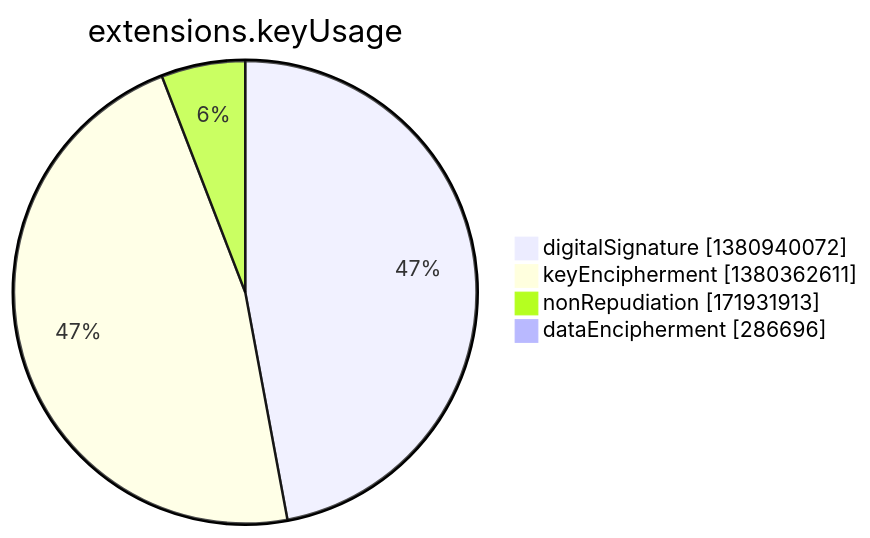
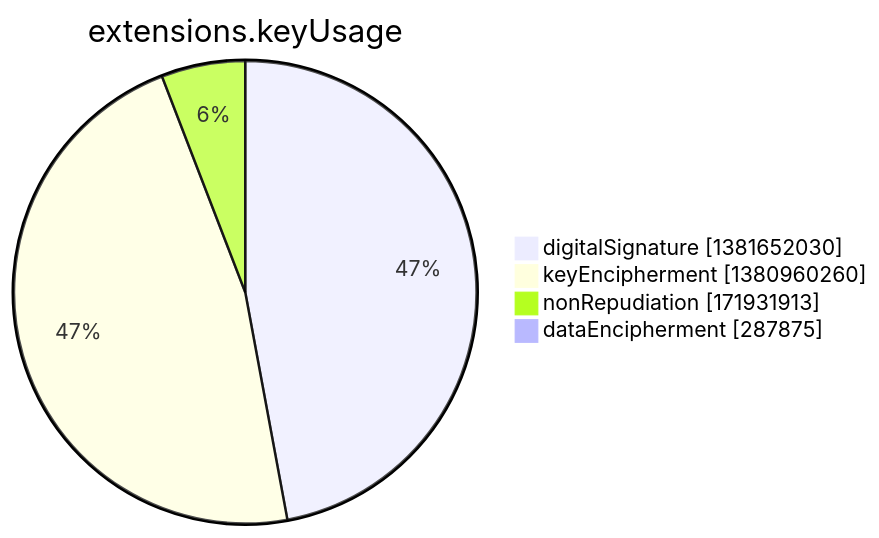
One commit to christiankrug/ctmonitor_visualization changed the seventh of 15 diagrams in argon2022/README.md. Above: the diagram before and after it, drawn with Mermaid. The commit also changed other lines of this file, not shown here.

````diff
--- a/argon2022/README.md
+++ b/argon2022/README.md
@@ -2751,8 +2751,8 @@
 ```mermaid
 pie showData
 title extensions.keyUsage
-"digitalSignature" :1380940072
-"keyEncipherment" :1380362611
+"digitalSignature" :1381652030
+"keyEncipherment" :1380960260
 "nonRepudiation" :171931913
-"dataEncipherment" :286696
+"dataEncipherment" :287875
 ```
````
